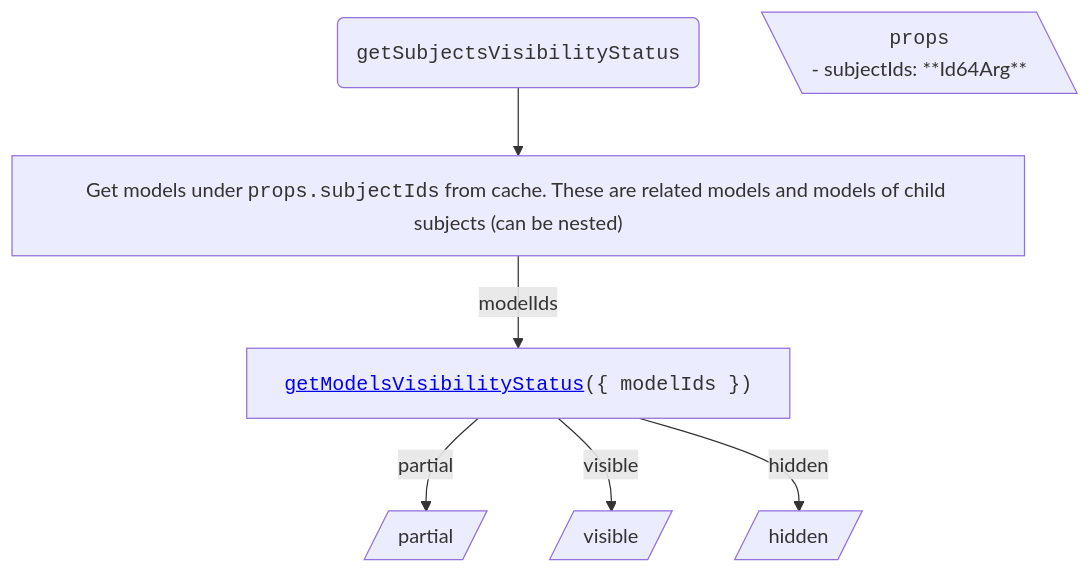
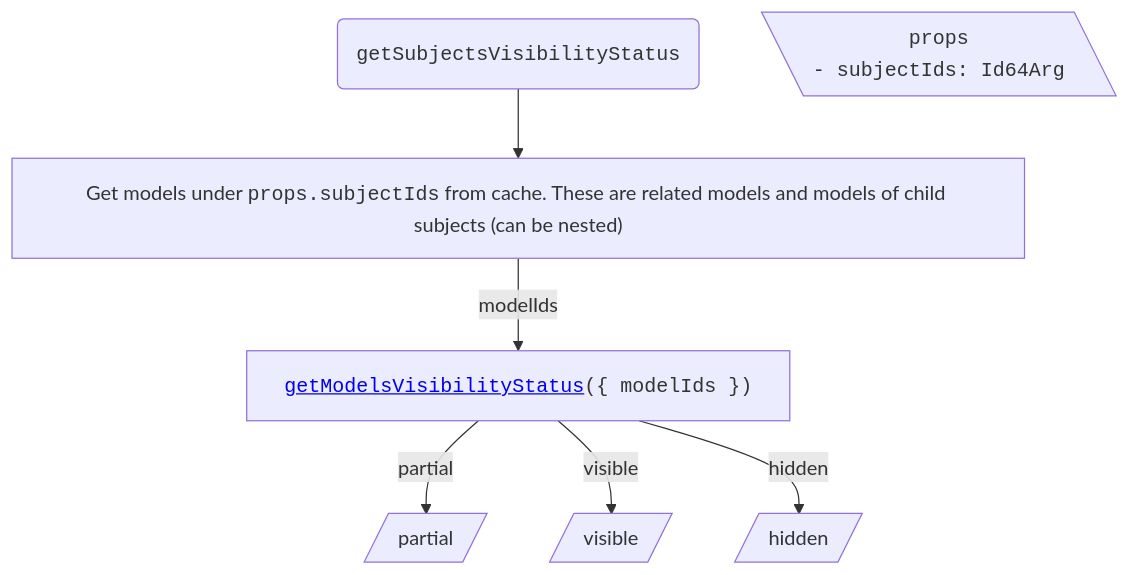
Before and after one commit to iTwin/viewer-components-react: the first of 2 diagrams in packages/itwin/tree-widget/docs/ModelsTreeVisibilityHandling.md, drawn with Mermaid. The commit also changed other lines of this file and 4 other files, not shown here.

````diff
--- a/packages/itwin/tree-widget/docs/ModelsTreeVisibilityHandling.md
+++ b/packages/itwin/tree-widget/docs/ModelsTreeVisibilityHandling.md
@@ -27,27 +27,28 @@
 ```mermaid
 ---
 config:
   flowchart:
     wrappingWidth: 750
     useMaxWidth: false
 ---
 
 flowchart TD
   RESULT_Partial[/partial/]
   RESULT_Visible[/visible/]
   RESULT_Hidden[/hidden/]
 
   %% Start
   TITLE("<code>getSubjectsVisibilityStatus</code>") --> A["Get models under <code>props.subjectIds</code> from cache. These are related models and models of child subjects (can be nested)"]
 
-  PROPS[\"<code>props</code>
-    <div style='text-align: left;'>- subjectIds: **Id64Arg**</div>
+  PROPS[\"
+    <code>props</code>
+    <code style='text-align: left;'>- subjectIds: Id64Arg</code>
   "\]
 
   A -- modelIds --> B["<code><a href='./SharedVisibilityHandling.md#getmodelsvisibilitystatus'>getModelsVisibilityStatus</a>({ modelIds })</code>"]
 
   %% Results
   B -- partial --> RESULT_Partial
   B -- visible --> RESULT_Visible
   B -- hidden --> RESULT_Hidden
 ```
````
